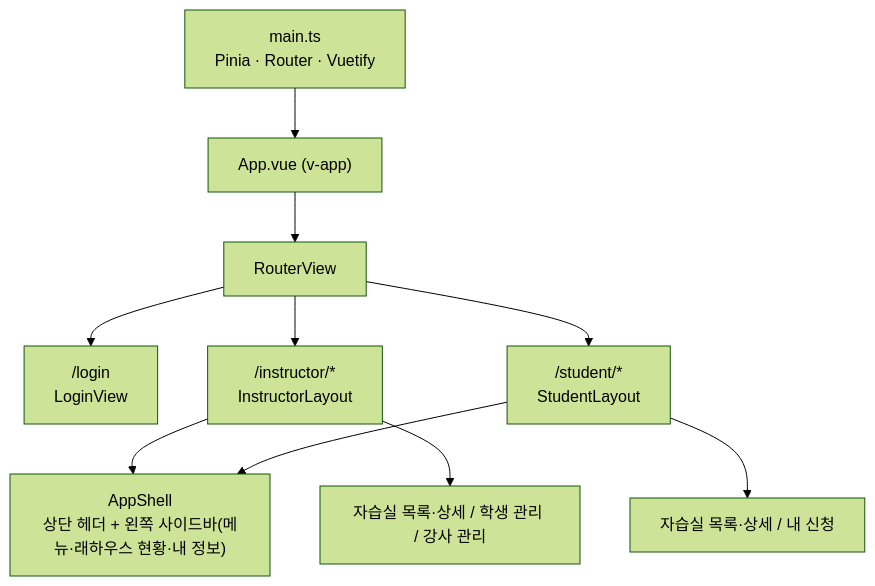
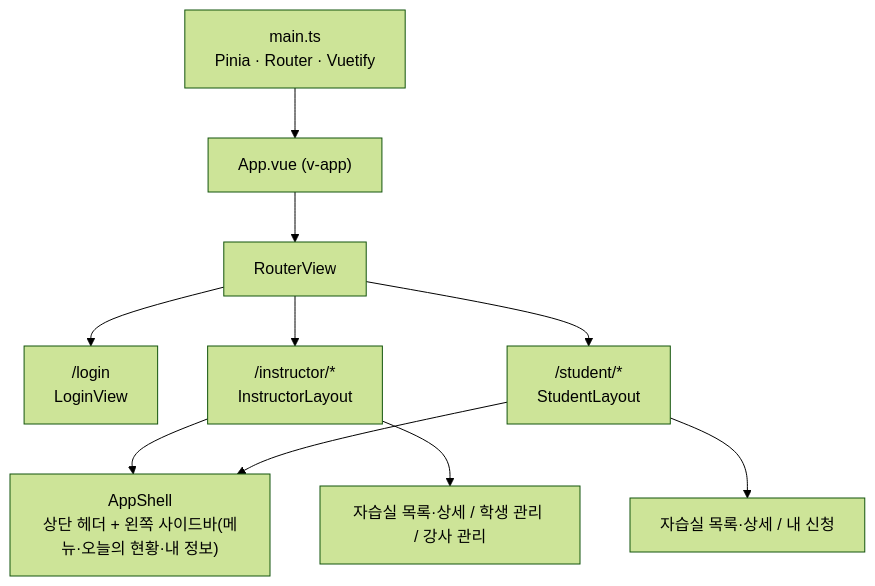
One commit to youngeiya/study-room-reservation changed the eighth of 8 diagrams in docs/02-시스템-아키텍처.md. Above: the diagram before and after it, drawn with Mermaid (forest theme). The commit also changed other lines of this file and 3 other files, not shown here.

First line of the commit message:
[fix] 사이드바 패널 이름을 "래하우스"에서 "오늘의 현황"으로 변경

````diff
--- a/docs/02-시스템-아키텍처.md
+++ b/docs/02-시스템-아키텍처.md
@@ -238,12 +238,12 @@
 ```mermaid
 flowchart TB
   main["main.ts<br/>Pinia · Router · Vuetify"] --> app["App.vue (v-app)"]
   app --> rv["RouterView"]
   rv --> login["/login<br/>LoginView"]
   rv --> inst["/instructor/*<br/>InstructorLayout"]
   rv --> stud["/student/*<br/>StudentLayout"]
-  inst --> shell1["AppShell<br/>상단 헤더 + 왼쪽 사이드바(메뉴·래하우스 현황·내 정보)"]
+  inst --> shell1["AppShell<br/>상단 헤더 + 왼쪽 사이드바(메뉴·오늘의 현황·내 정보)"]
   stud --> shell1
   inst --> ir["자습실 목록·상세 / 학생 관리 / 강사 관리"]
   stud --> sr["자습실 목록·상세 / 내 신청"]
 ```
````
